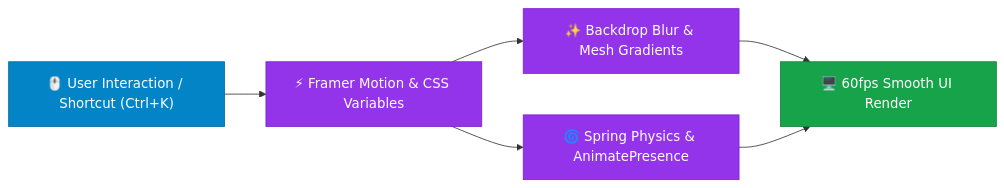
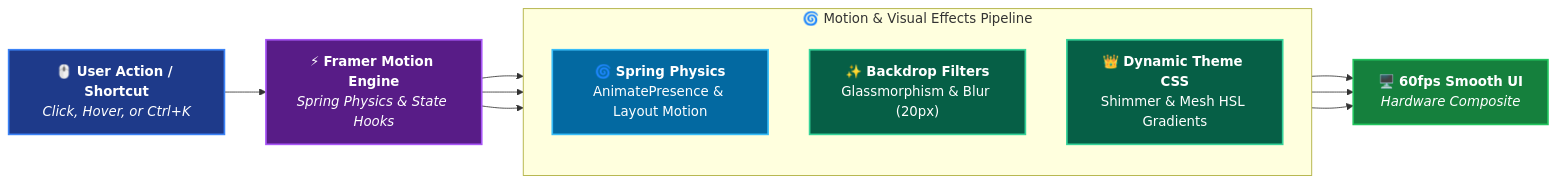
One commit to AnuroopSrivastava/MyFinanceOS changed the second of 3 diagrams in README.md. Above: the diagram before and after it, drawn with Mermaid. The commit also changed other lines of this file, not shown here.

Commit message:
docs: redesign Mermaid architecture, motion pipeline, and security diagrams

````diff
--- a/README.md
+++ b/README.md
@@ -128,14 +127,25 @@
 ```mermaid
 flowchart LR
-    %% Styling
-    classDef state fill:#0284c7,stroke:#0369a1,color:#fff;
-    classDef motion fill:#9333ea,stroke:#7e22ce,color:#fff;
-    classDef render fill:#16a34a,stroke:#15803d,color:#fff;
+    classDef eventNode fill:#1e3a8a,stroke:#3b82f6,stroke-width:2px,color:#fff;
+    classDef engineNode fill:#581c87,stroke:#a855f7,stroke-width:2px,color:#fff;
+    classDef motionNode fill:#0369a1,stroke:#38bdf8,stroke-width:2px,color:#fff;
+    classDef visualNode fill:#065f46,stroke:#34d399,stroke-width:2px,color:#fff;
+    classDef renderNode fill:#15803d,stroke:#22c55e,stroke-width:2px,color:#fff;
 
-    UserAction["🖱️ User Interaction / Shortcut (Ctrl+K)"]:::state --> FramerEngine["⚡ Framer Motion & CSS Variables"]:::motion
-    FramerEngine --> GlassBlur["✨ Backdrop Blur & Mesh Gradients"]:::motion
-    FramerEngine --> LayoutSpring["🌀 Spring Physics & AnimatePresence"]:::motion
+    UserEvent["🖱️ <b>User Action / Shortcut</b><br/><i>Click, Hover, or Ctrl+K</i>"]:::eventNode --> MotionDispatch["⚡ <b>Framer Motion Engine</b><br/><i>Spring Physics & State Hooks</i>"]:::engineNode
 
-    GlassBlur --> RenderScreen["🖥️ 60fps Smooth UI Render"]:::render
-    LayoutSpring --> RenderScreen
+    subgraph MotionProcessing["🌀 Motion & Visual Effects Pipeline"]
+        direction TB
+        Physics["🌀 <b>Spring Physics</b><br/>AnimatePresence & Layout Motion"]:::motionNode
+        GlassBlur["✨ <b>Backdrop Filters</b><br/>Glassmorphism & Blur (20px)"]:::visualNode
+        Themes["👑 <b>Dynamic Theme CSS</b><br/>Shimmer & Mesh HSL Gradients"]:::visualNode
+    end
+
+    MotionDispatch --> Physics
+    MotionDispatch --> GlassBlur
+    MotionDispatch --> Themes
+
+    Physics --> GPUComposite["🖥️ <b>60fps Smooth UI</b><br/><i>Hardware Composite</i>"]:::renderNode
+    GlassBlur --> GPUComposite
+    Themes --> GPUComposite
 ```
````
